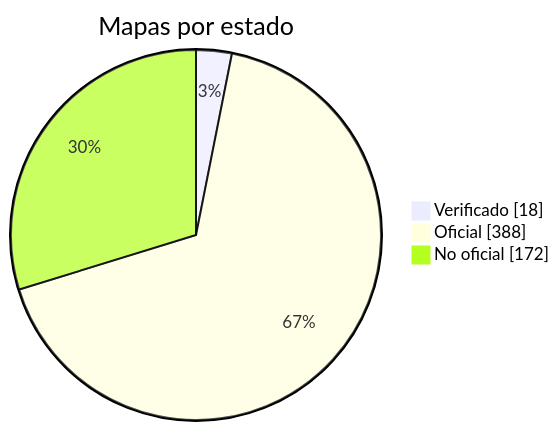
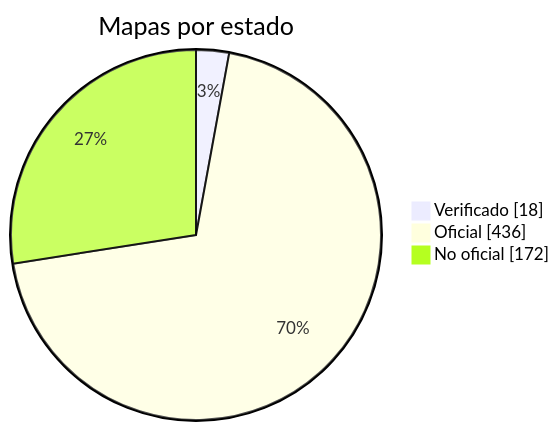
One commit to nobrega8/mbmap-library changed the diagram in docs/readme/README_ES.md. Above: the diagram before and after it, drawn with Mermaid. The commit also changed 53 other files, not shown here.

````diff
--- a/docs/readme/README_ES.md
+++ b/docs/readme/README_ES.md
@@ -54,7 +54,7 @@
 ```mermaid
 pie showData
     title Mapas por estado
     "Verificado" : 18
-    "Oficial" : 388
+    "Oficial" : 436
     "No oficial" : 172
 ```
````
